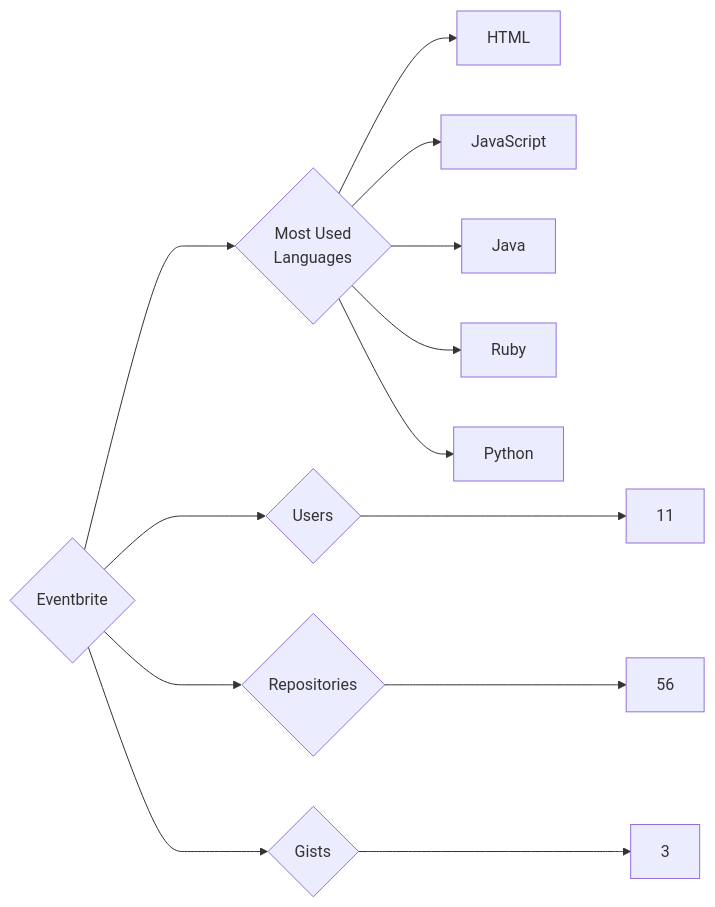
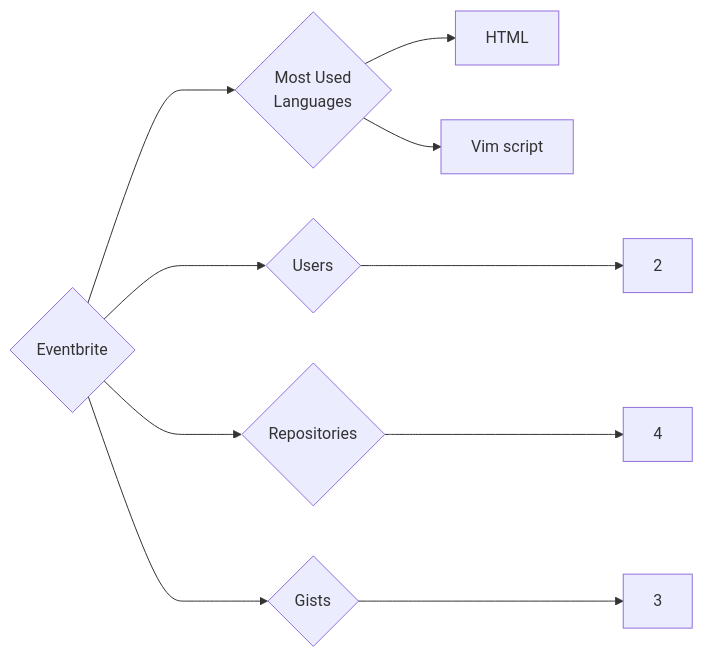
The diagram in targets/Eventbrite/README.md (trickest/insiders), drawn with Mermaid before and after one commit. The commit also changed 720 other files, not shown here.

````diff
--- a/targets/Eventbrite/README.md
+++ b/targets/Eventbrite/README.md
@@ -3,13 +3,10 @@
 ```mermaid
 graph LR
 COMPANY_NAME{Eventbrite}
-COMPANY_NAME ---> U{Users} ---> UN[11]
-COMPANY_NAME ---> R{Repositories} ---> RN[56]
+COMPANY_NAME ---> U{Users} ---> UN[2]
+COMPANY_NAME ---> R{Repositories} ---> RN[4]
 COMPANY_NAME ---> G{Gists} ---> GN[3]
 COMPANY_NAME ---> ML{Most Used<br>Languages}
 ML --> HTML[HTML]
-ML --> JavaScript[JavaScript]
-ML --> Java[Java]
-ML --> Ruby[Ruby]
-ML --> Python[Python]
+ML --> Vim_script[Vim script]
 ```
````
